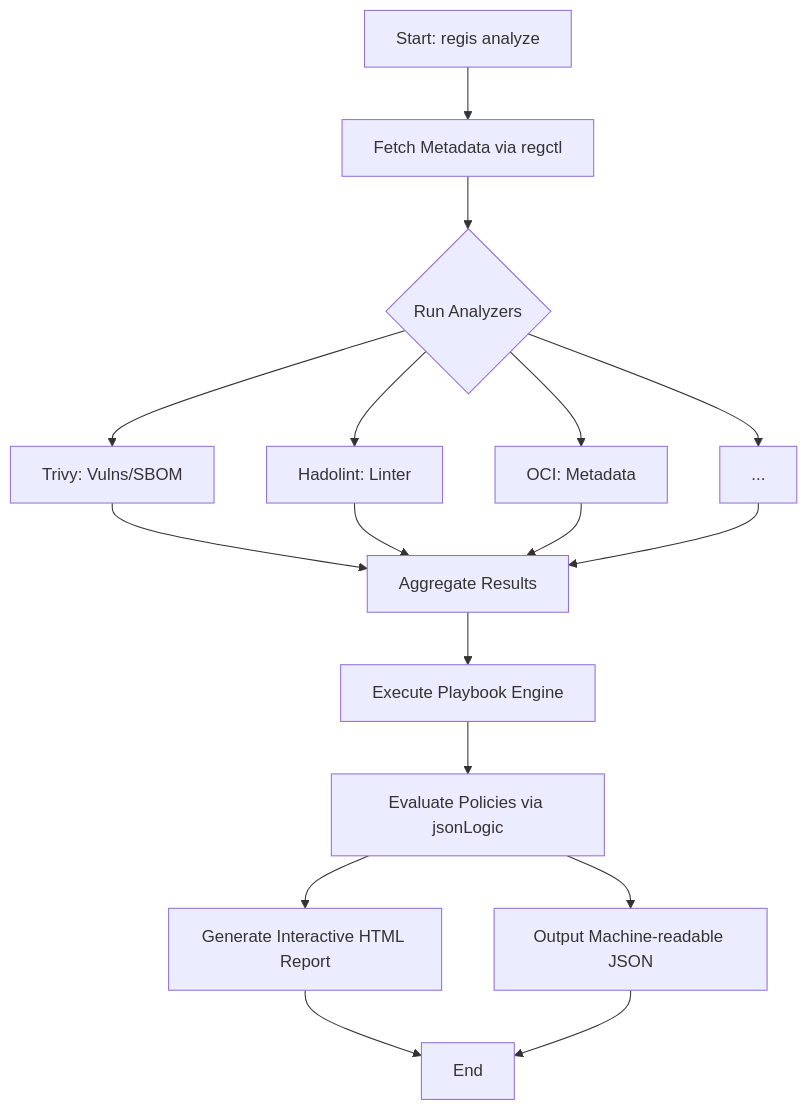
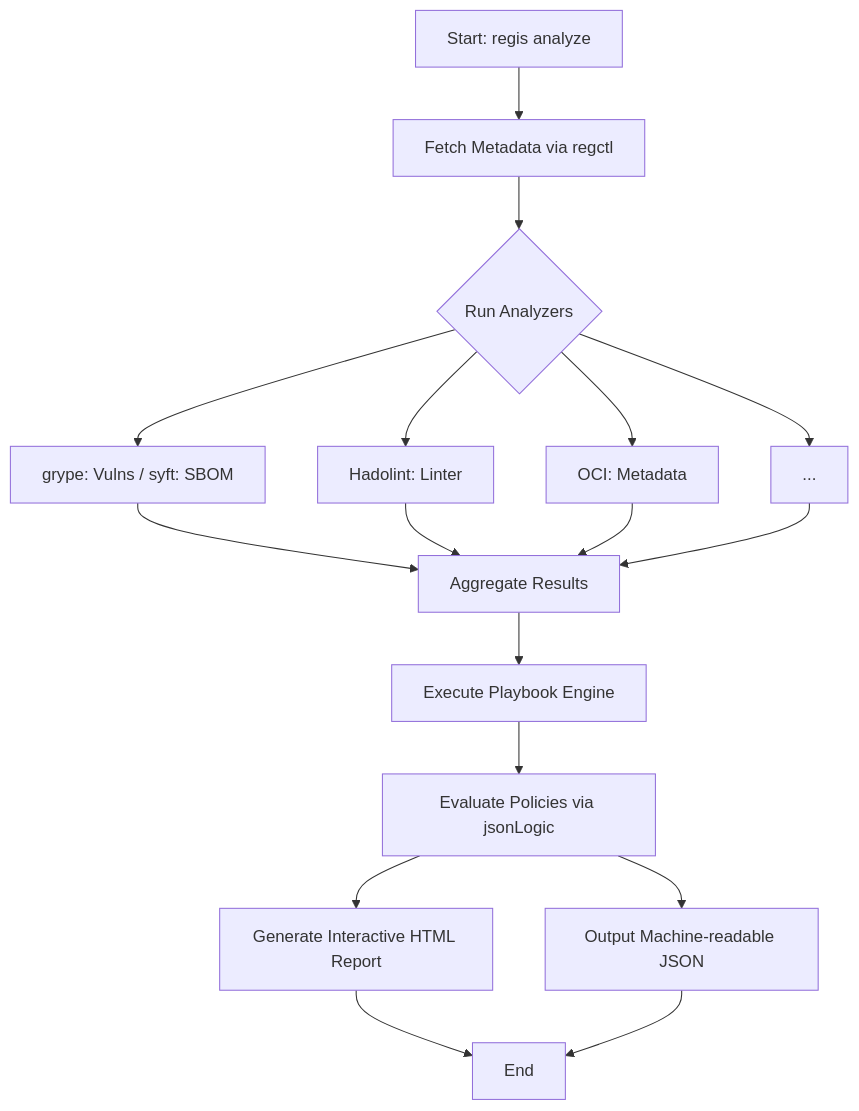
One commit to trivoallan/regis changed the diagram in docs/website/docs/concepts/analyzers.md. Above: the diagram before and after it, drawn with Mermaid. The commit also changed other lines of this file and 45 other files, not shown here.

Commit message:
docs(analyzer): document grype/syft/trufflehog migration

````diff
--- a/docs/website/docs/concepts/analyzers.md
+++ b/docs/website/docs/concepts/analyzers.md
@@ -31,21 +33,21 @@
 ```mermaid
 graph TD
     A[Start: regis analyze] --> B[Fetch Metadata via regctl]
     B --> C{Run Analyzers}
-    C --> D[Trivy: Vulns/SBOM]
+    C --> D[grype: Vulns / syft: SBOM]
     C --> E[Hadolint: Linter]
     C --> F[OCI: Metadata]
     C --> G[...]
 
     D --> H[Aggregate Results]
     E --> H
     F --> H
     G --> H
 
     H --> I[Execute Playbook Engine]
     I --> J[Evaluate Policies via jsonLogic]
     J --> K[Generate Interactive HTML Report]
     J --> L[Output Machine-readable JSON]
     K --> M[End]
     L --> M
 ```
````
